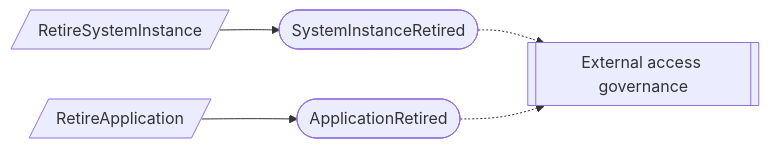
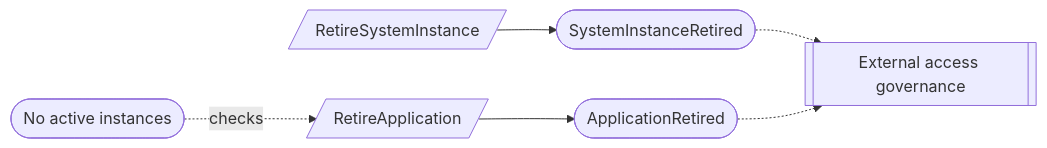
One commit to bdgrz/compliance-core changed the second of 2 diagrams in docs/proposed/contexts/application-inventory.md. Above: the diagram before and after it, drawn with Mermaid. The commit also changed other lines of this file and 310 other files, not shown here.

````diff
--- a/docs/proposed/contexts/application-inventory.md
+++ b/docs/proposed/contexts/application-inventory.md
@@ -152,7 +162,8 @@
 ```mermaid
 flowchart LR
     C1[/RetireSystemInstance/] --> E1([SystemInstanceRetired])
+    N([No active instances]) -. checks .-> C2
     C2[/RetireApplication/] --> E2([ApplicationRetired])
     E1 -.-> X1[[External access governance]]
     E2 -.-> X1
 ```
````
